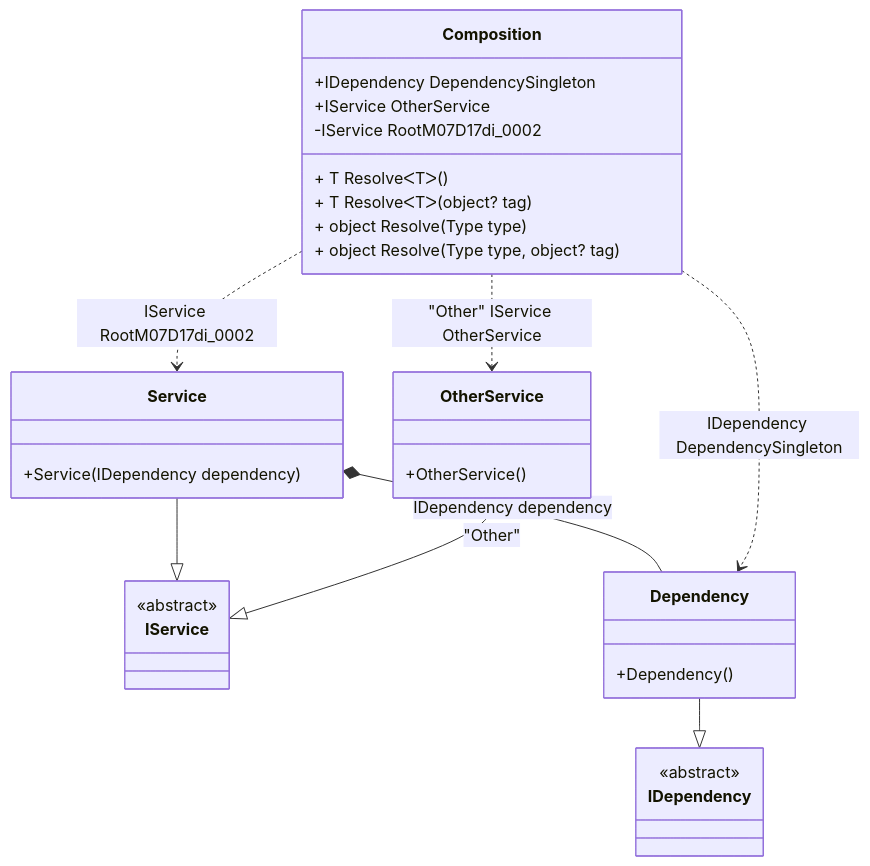
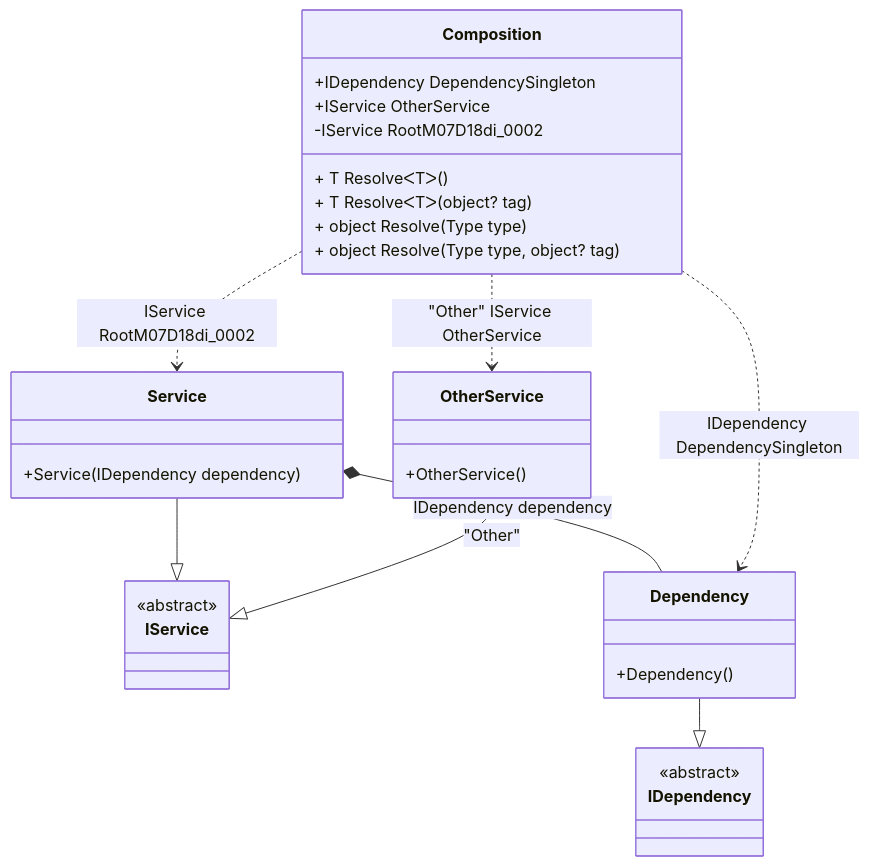
One commit to DevTeam/Pure.DI changed the diagram in readme/resolve-methods.md. Above: the diagram before and after it, drawn with Mermaid. The commit also changed other lines of this file and 49 other files, not shown here.

````diff
--- a/readme/resolve-methods.md
+++ b/readme/resolve-methods.md
@@ -47,34 +47,34 @@
 ```mermaid
 classDiagram
   class Composition {
     +IDependency DependencySingleton
     +IService OtherService
-    -IService RootM07D17di_0002
+    -IService RootM07D18di_0002
     + T ResolveᐸTᐳ()
     + T ResolveᐸTᐳ(object? tag)
     + object Resolve(Type type)
     + object Resolve(Type type, object? tag)
   }
   Service --|> IService : 
   class Service {
     +Service(IDependency dependency)
   }
   Dependency --|> IDependency : 
   class Dependency {
     +Dependency()
   }
   OtherService --|> IService : "Other" 
   class OtherService {
     +OtherService()
   }
   class IService {
     <<abstract>>
   }
   class IDependency {
     <<abstract>>
   }
   Service *--  Dependency : IDependency dependency
   Composition ..> Dependency : IDependency DependencySingleton
-  Composition ..> Service : IService RootM07D17di_0002
+  Composition ..> Service : IService RootM07D18di_0002
   Composition ..> OtherService : "Other" IService OtherService
 ```
````
